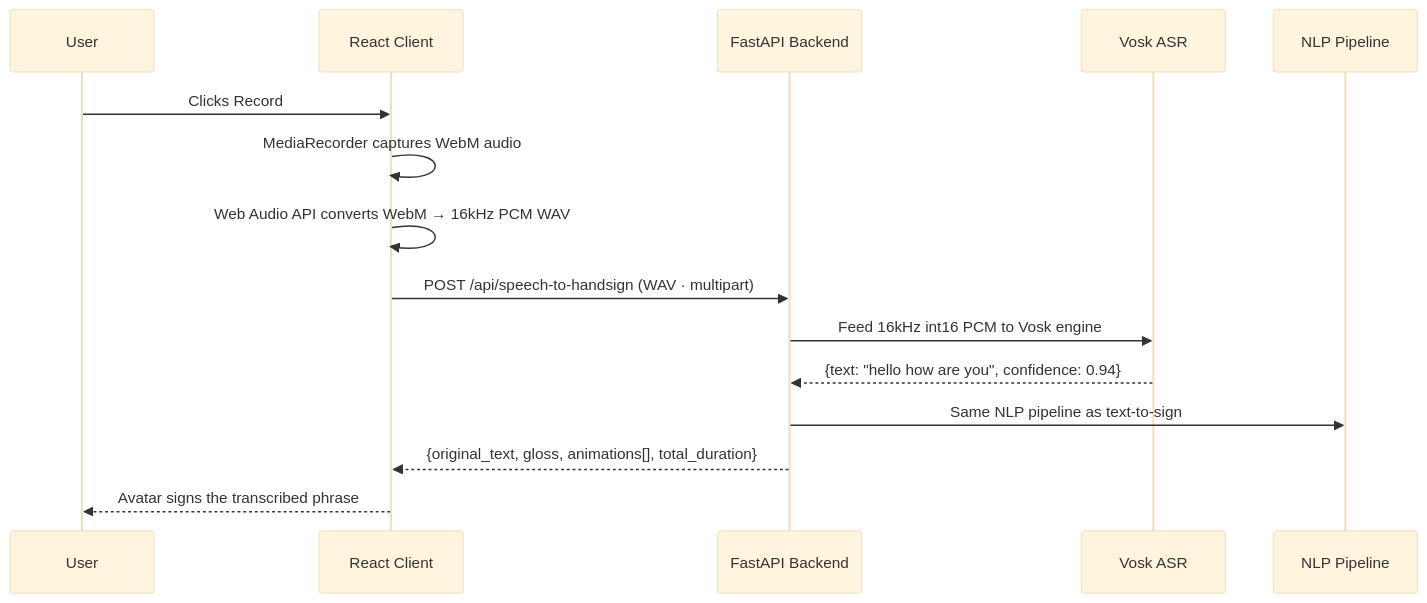
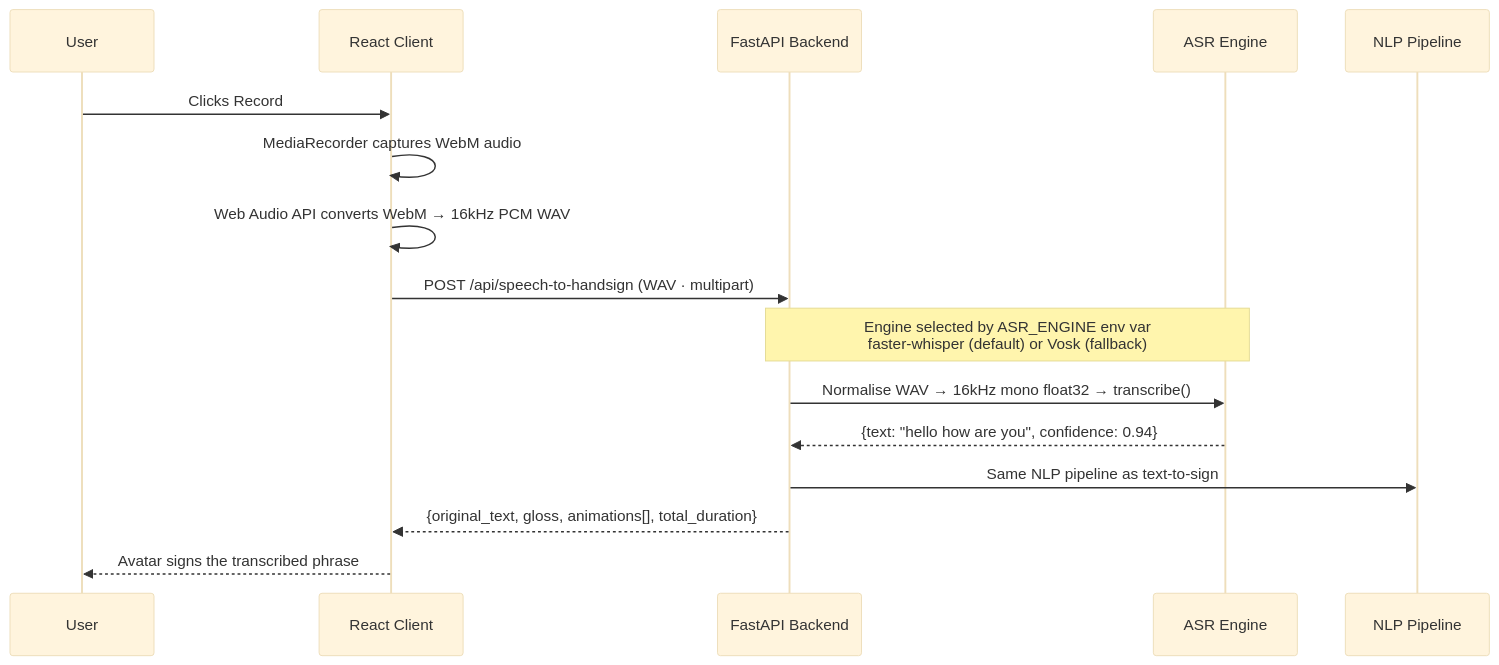
One commit to Sri-Krishna-V/SignVani changed the third of 4 diagrams in README.md. Above: the diagram before and after it, drawn with Mermaid (base theme). The commit also changed other lines of this file and 2 other files, not shown here.

Commit message:
feat: Update README and configuration for ASR engine selection; add unified startup script

````diff
--- a/README.md
+++ b/README.md
@@ -160,18 +163,19 @@
 ```mermaid
 sequenceDiagram
     participant U as User
     participant C as React Client
     participant B as FastAPI Backend
-    participant V as Vosk ASR
+    participant A as ASR Engine
     participant N as NLP Pipeline
 
     U->>C: Clicks Record
     C->>C: MediaRecorder captures WebM audio
     C->>C: Web Audio API converts WebM → 16kHz PCM WAV
     C->>B: POST /api/speech-to-handsign (WAV · multipart)
-    B->>V: Feed 16kHz int16 PCM to Vosk engine
-    V-->>B: {text: "hello how are you", confidence: 0.94}
+    Note over B,A: Engine selected by ASR_ENGINE env var<br/>faster-whisper (default) or Vosk (fallback)
+    B->>A: Normalise WAV → 16kHz mono float32 → transcribe()
+    A-->>B: {text: "hello how are you", confidence: 0.94}
     B->>N: Same NLP pipeline as text-to-sign
     B-->>C: {original_text, gloss, animations[], total_duration}
     C-->>U: Avatar signs the transcribed phrase
 ```
````
